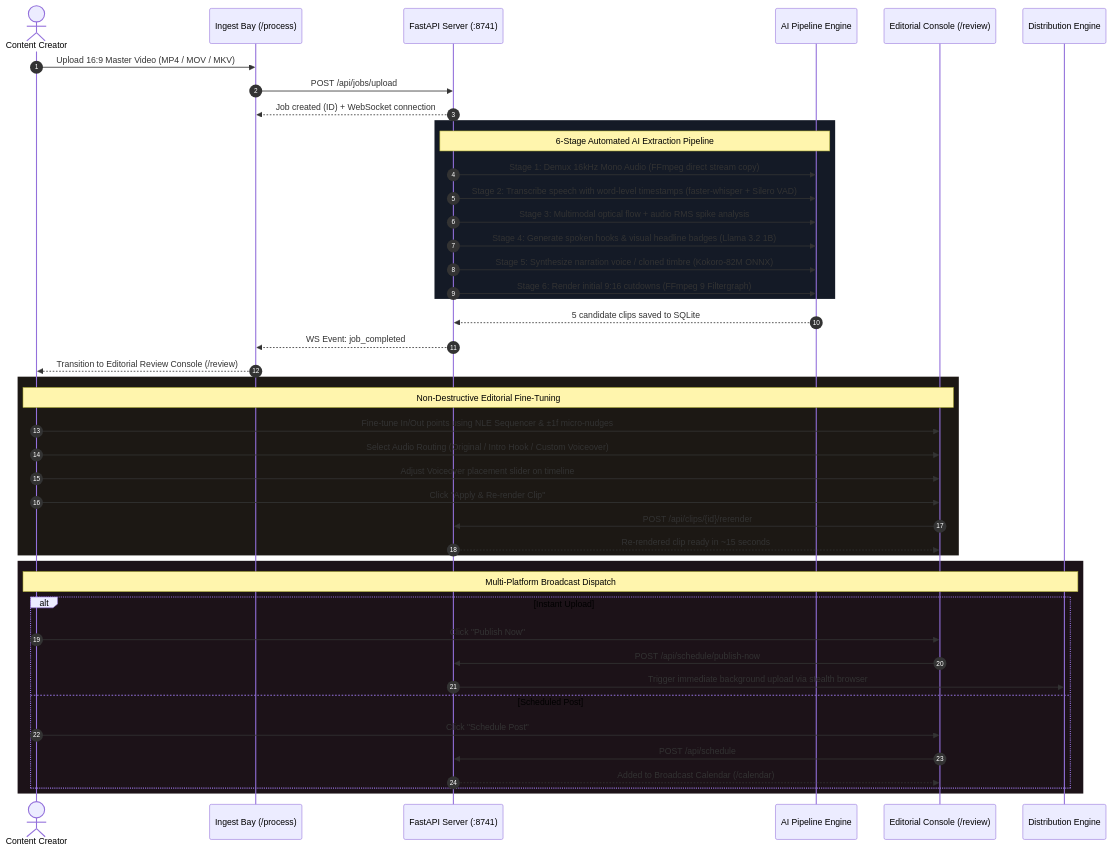
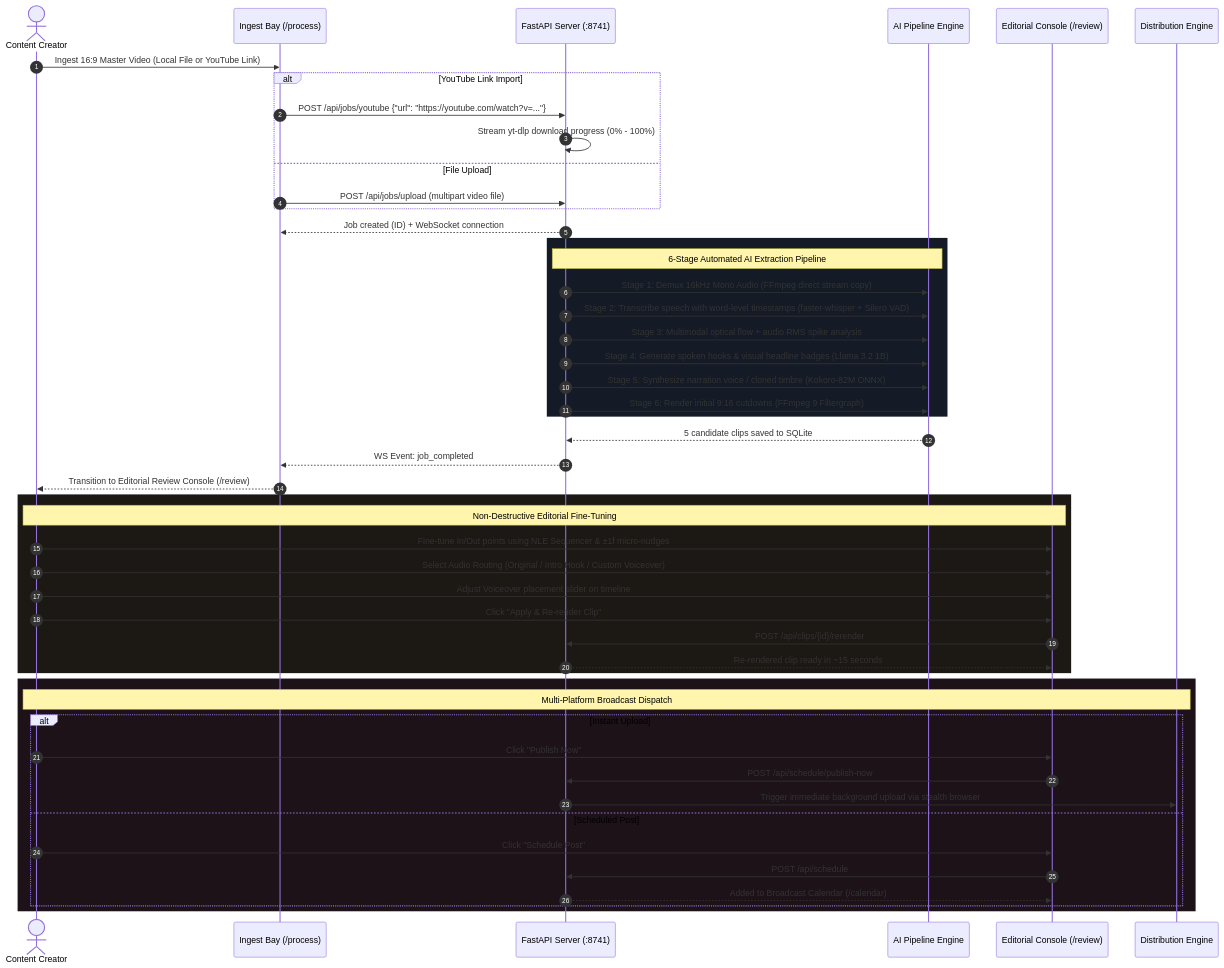
Before and after one commit to DivyamJoshi2005/Alfred: the fourth of 9 diagrams in README.md, drawn with Mermaid. The commit also changed other lines of this file and 9 other files, not shown here.

Commit message:
feat(ingest): add direct YouTube link ingestion via yt-dlp and 3-tab process UI

````diff
--- a/README.md
+++ b/README.md
@@ -251,51 +252,56 @@
 ```mermaid
 sequenceDiagram
     autonumber
     actor Creator as Content Creator
     participant Ingest as Ingest Bay (/process)
     participant Server as FastAPI Server (:8741)
     participant Engine as AI Pipeline Engine
     participant Deck as Editorial Console (/review)
     participant Dist as Distribution Engine
 
-    Creator->>Ingest: Upload 16:9 Master Video (MP4 / MOV / MKV)
-    Ingest->>Server: POST /api/jobs/upload
+    Creator->>Ingest: Ingest 16:9 Master Video (Local File or YouTube Link)
+    alt YouTube Link Import
+        Ingest->>Server: POST /api/jobs/youtube {"url": "https://youtube.com/watch?v=..."}
+        Server->>Server: Stream yt-dlp download progress (0% - 100%)
+    else File Upload
+        Ingest->>Server: POST /api/jobs/upload (multipart video file)
+    end
     Server-->>Ingest: Job created (ID) + WebSocket connection
     
     rect rgb(20, 26, 38)
         note over Server,Engine: 6-Stage Automated AI Extraction Pipeline
         Server->>Engine: Stage 1: Demux 16kHz Mono Audio (FFmpeg direct stream copy)
         Server->>Engine: Stage 2: Transcribe speech with word-level timestamps (faster-whisper + Silero VAD)
         Server->>Engine: Stage 3: Multimodal optical flow + audio RMS spike analysis
         Server->>Engine: Stage 4: Generate spoken hooks & visual headline badges (Llama 3.2 1B)
         Server->>Engine: Stage 5: Synthesize narration voice / cloned timbre (Kokoro-82M ONNX)
         Server->>Engine: Stage 6: Render initial 9:16 cutdowns (FFmpeg 9 Filtergraph)
     end
 
     Engine-->>Server: 5 candidate clips saved to SQLite
     Server-->>Ingest: WS Event: job_completed
     Ingest-->>Creator: Transition to Editorial Review Console (/review)
 
     rect rgb(28, 24, 20)
         note over Creator,Deck: Non-Destructive Editorial Fine-Tuning
         Creator->>Deck: Fine-tune In/Out points using NLE Sequencer & ±1f micro-nudges
         Creator->>Deck: Select Audio Routing (Original / Intro Hook / Custom Voiceover)
         Creator->>Deck: Adjust Voiceover placement slider on timeline
         Creator->>Deck: Click "Apply & Re-render Clip"
         Deck->>Server: POST /api/clips/{id}/rerender
         Server-->>Deck: Re-rendered clip ready in ~15 seconds
     end
 
     rect rgb(28, 18, 24)
         note over Creator,Dist: Multi-Platform Broadcast Dispatch
         alt Instant Upload
             Creator->>Deck: Click "Publish Now"
             Deck->>Server: POST /api/schedule/publish-now
             Server->>Dist: Trigger immediate background upload via stealth browser
         else Scheduled Post
             Creator->>Deck: Click "Schedule Post"
             Deck->>Server: POST /api/schedule
             Server-->>Deck: Added to Broadcast Calendar (/calendar)
         end
     end
 ```
````
